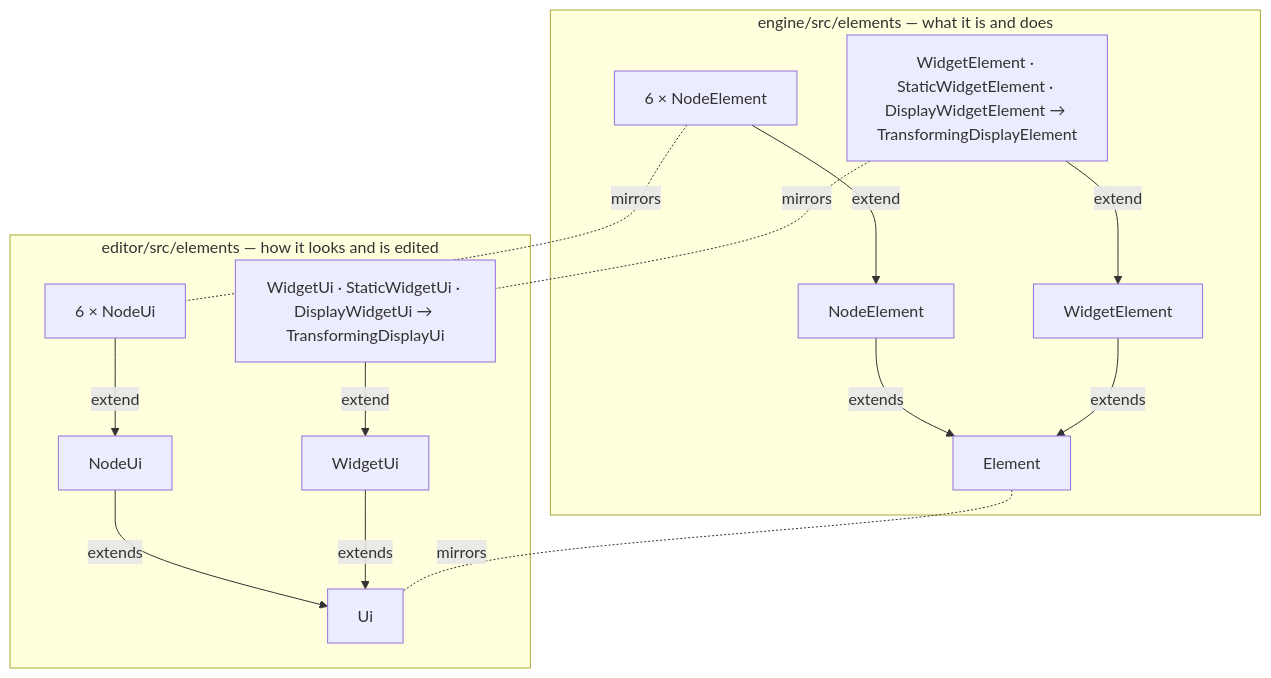
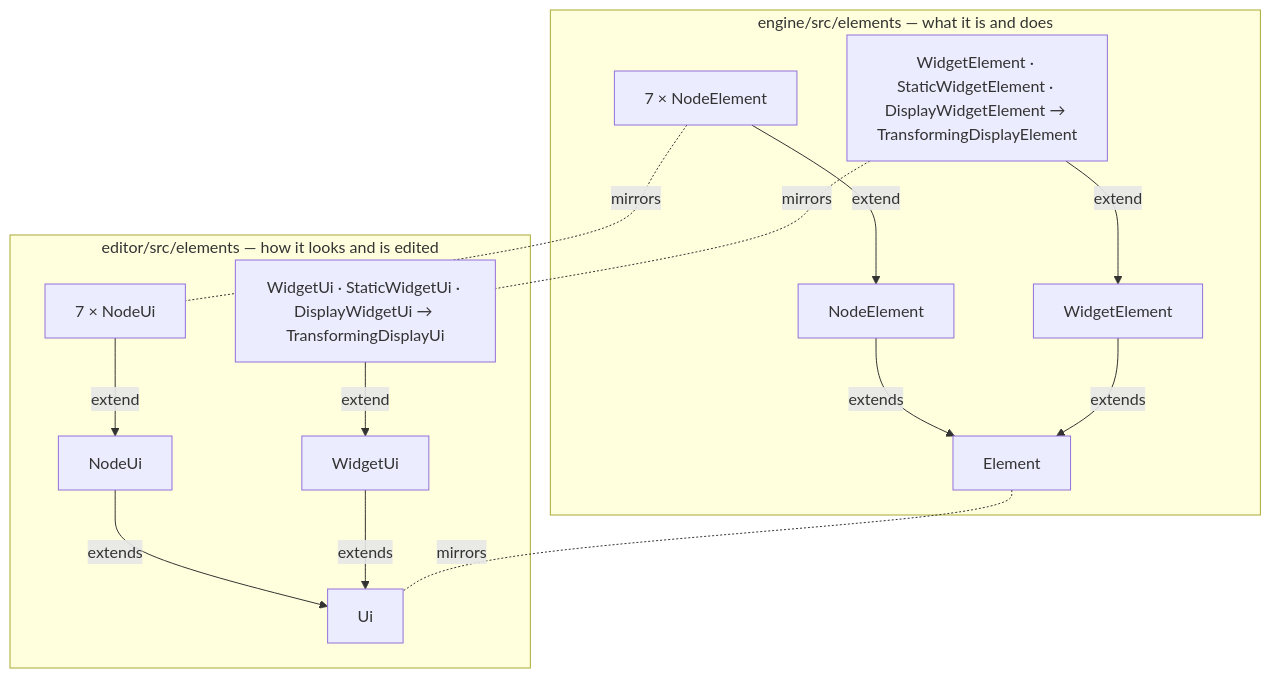
Before and after one commit to Archimedes79/AI_Graph: the second of 4 diagrams in arch/overview.md, drawn with Mermaid. The commit also changed other lines of this file and 13 other files, not shown here.

First line of the commit message:
docs: an example with a graph inside a node, and what to read about it

````diff
--- a/arch/overview.md
+++ b/arch/overview.md
@@ -88,29 +88,29 @@
 ```mermaid
 flowchart TD
   subgraph engine["engine/src/elements — what it is and does"]
     Element["Element"]
     NodeElement["NodeElement"]
     WidgetElement["WidgetElement"]
-    Nodes["6 × <Kind>NodeElement"]
+    Nodes["7 × <Kind>NodeElement"]
     Widgets["<Kind>WidgetElement · StaticWidgetElement · DisplayWidgetElement → TransformingDisplayElement"]
   end
   subgraph editor["editor/src/elements — how it looks and is edited"]
     Ui["Ui"]
     NodeUi["NodeUi"]
     WidgetUi["WidgetUi"]
-    NodeUis["6 × <Kind>NodeUi"]
+    NodeUis["7 × <Kind>NodeUi"]
     WidgetUis["<Kind>WidgetUi · StaticWidgetUi · DisplayWidgetUi → TransformingDisplayUi"]
   end
 
   NodeElement -- extends --> Element
   WidgetElement -- extends --> Element
   Nodes -- extend --> NodeElement
   Widgets -- extend --> WidgetElement
   NodeUi -- extends --> Ui
   WidgetUi -- extends --> Ui
   NodeUis -- extend --> NodeUi
   WidgetUis -- extend --> WidgetUi
   Element -. mirrors .- Ui
   Nodes -. mirrors .- NodeUis
   Widgets -. mirrors .- WidgetUis
 ```
````
